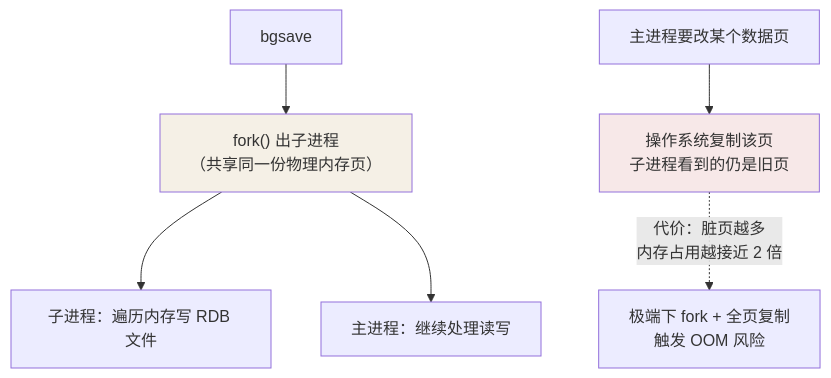
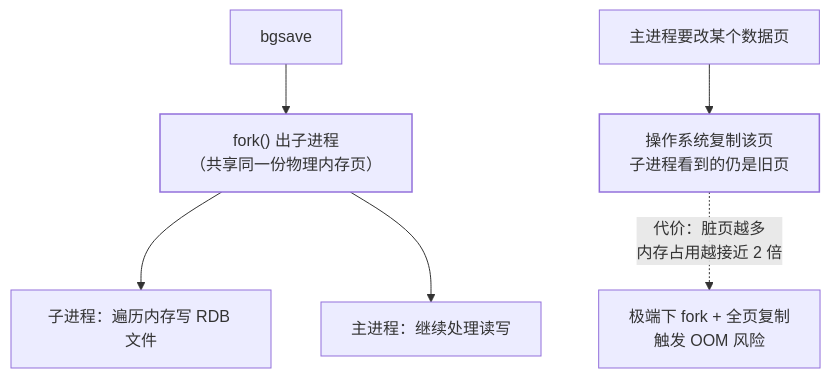
Before and after one commit to Loadhao/ascension: the first of 2 diagrams in src/content/docs/redis/basic/core/02-persistence.md, drawn with Mermaid. The commit also changed other lines of this file and 87 other files, not shown here.

First line of the commit message:
fix: 全站图表配色改由主题接管，修复暗色主题下浅底浅字看不清

````diff
--- a/src/content/docs/redis/basic/core/02-persistence.md
+++ b/src/content/docs/redis/basic/core/02-persistence.md
@@ -23,11 +23,13 @@
 ```mermaid
 flowchart TB
     A["bgsave"] --> B["fork() 出子进程<br/>（共享同一份物理内存页）"]
     B --> C["子进程：遍历内存写 RDB 文件"]
     B --> D["主进程：继续处理读写"]
     E["主进程要改某个数据页"] --> F["操作系统复制该页<br/>子进程看到的仍是旧页"]
     F -. "代价：脏页越多<br/>内存占用越接近 2 倍".-> G["极端下 fork + 全页复制<br/>触发 OOM 风险"]
 
-    style B fill:#f5f0e6
-    style F fill:#f7e8e8
+    class B hl
+    class F bad
+    classDef hl stroke-width:1.5px
+    classDef bad stroke-width:1.5px
 ```
````
